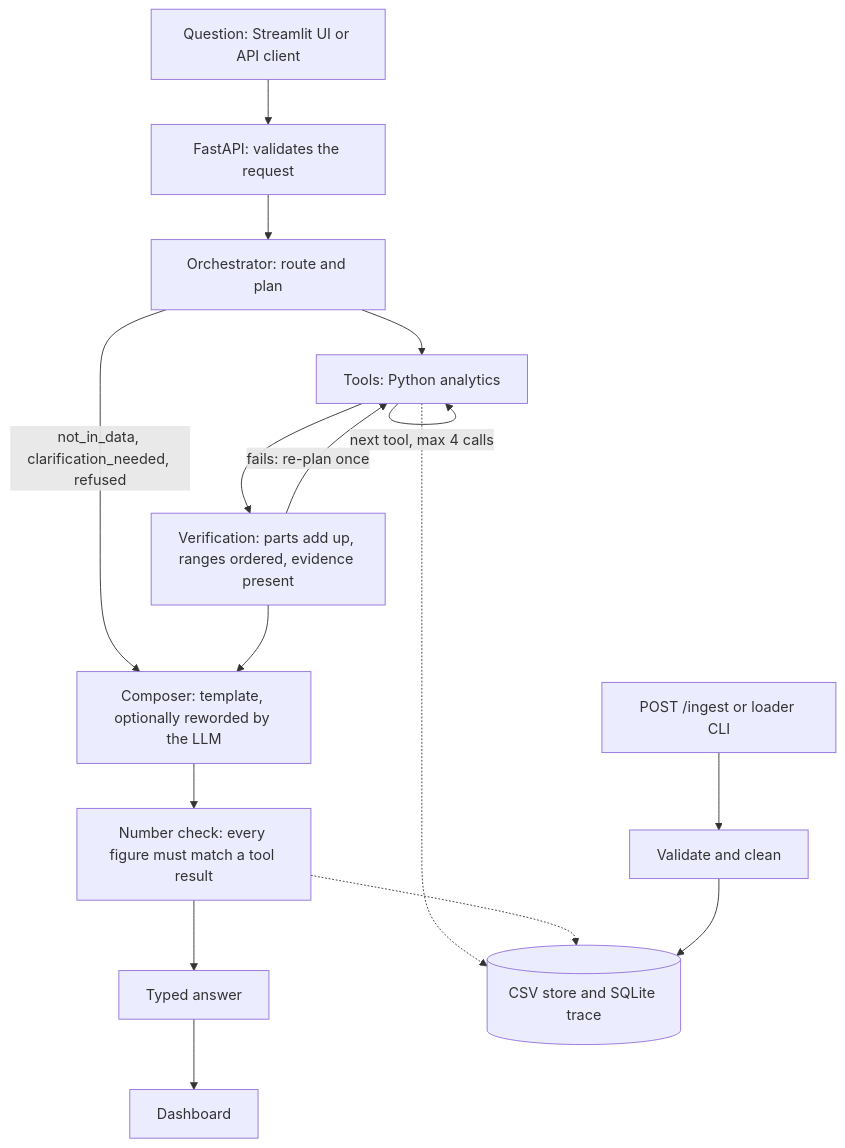
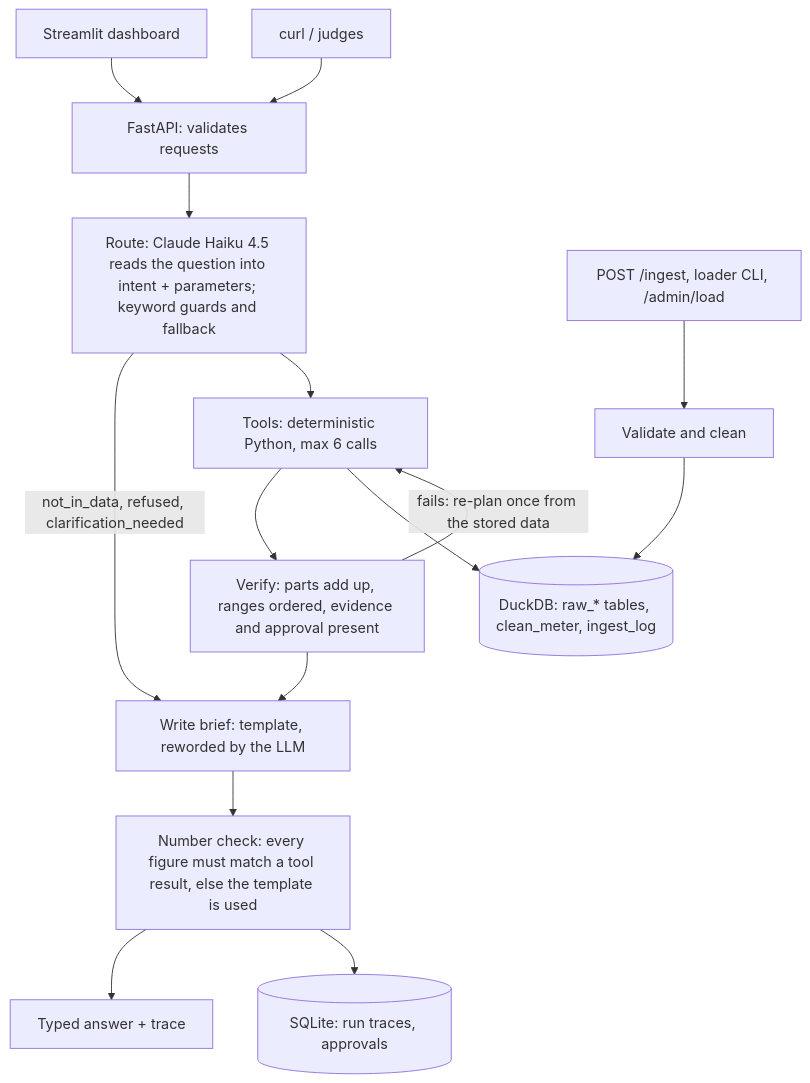
One commit to nakulgrover118/factory-energy-agent changed the diagram in README.md. Above: the diagram before and after it, drawn with Mermaid. The commit also changed other lines of this file and 34 other files, not shown here.

First line of the commit message:
Waste detection, savings plan, Bedrock LLM and light-theme dashboard

````diff
--- a/README.md
+++ b/README.md
@@ -23,16 +49,16 @@
 ```mermaid
 flowchart TD
-    Q[Question: Streamlit UI or API client] --> A[FastAPI: validates the request]
-    A --> R[Orchestrator: route and plan]
-    R -- "not_in_data, clarification_needed, refused" --> C
-    R --> T[Tools: Python analytics]
-    T -- "next tool, max 4 calls" --> T
-    T --> V[Verification: parts add up, ranges ordered, evidence present]
-    V -- "fails: re-plan once" --> T
-    V --> C[Composer: template, optionally reworded by the LLM]
-    C --> N[Number check: every figure must match a tool result]
-    N --> ANS[Typed answer] --> UI[Dashboard]
-    T -.-> S[(CSV store and SQLite trace)]
-    N -.-> S
-    I[POST /ingest or loader CLI] --> P[Validate and clean] --> S
+    U[Streamlit dashboard] --> A[FastAPI: validates requests]
+    C[curl / judges] --> A
+    A --> R[Route: Claude Haiku 4.5 reads the question into intent + parameters; keyword guards and fallback]
+    R -- "not_in_data, refused, clarification_needed" --> W
+    R --> T[Tools: deterministic Python, max 6 calls]
+    T --> V[Verify: parts add up, ranges ordered, evidence and approval present]
+    V -- "fails: re-plan once from the stored data" --> T
+    V --> W[Write brief: template, reworded by the LLM]
+    W --> N[Number check: every figure must match a tool result, else the template is used]
+    N --> ANS[Typed answer + trace]
+    T --> D[(DuckDB: raw_* tables, clean_meter, ingest_log)]
+    N --> S[(SQLite: run traces, approvals)]
+    I[POST /ingest, loader CLI, /admin/load] --> P[Validate and clean] --> D
 ```
````
